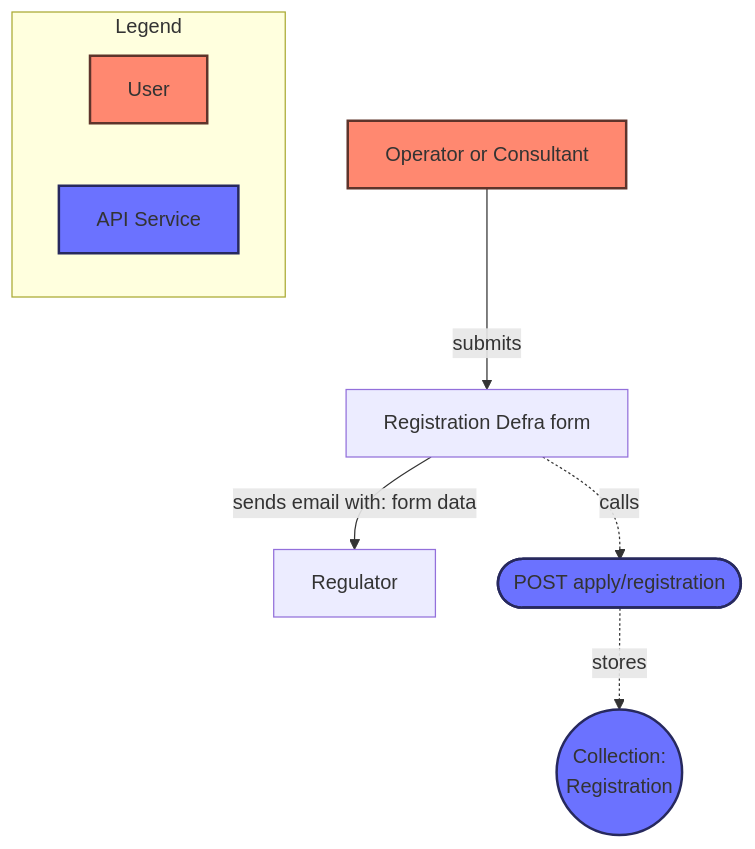
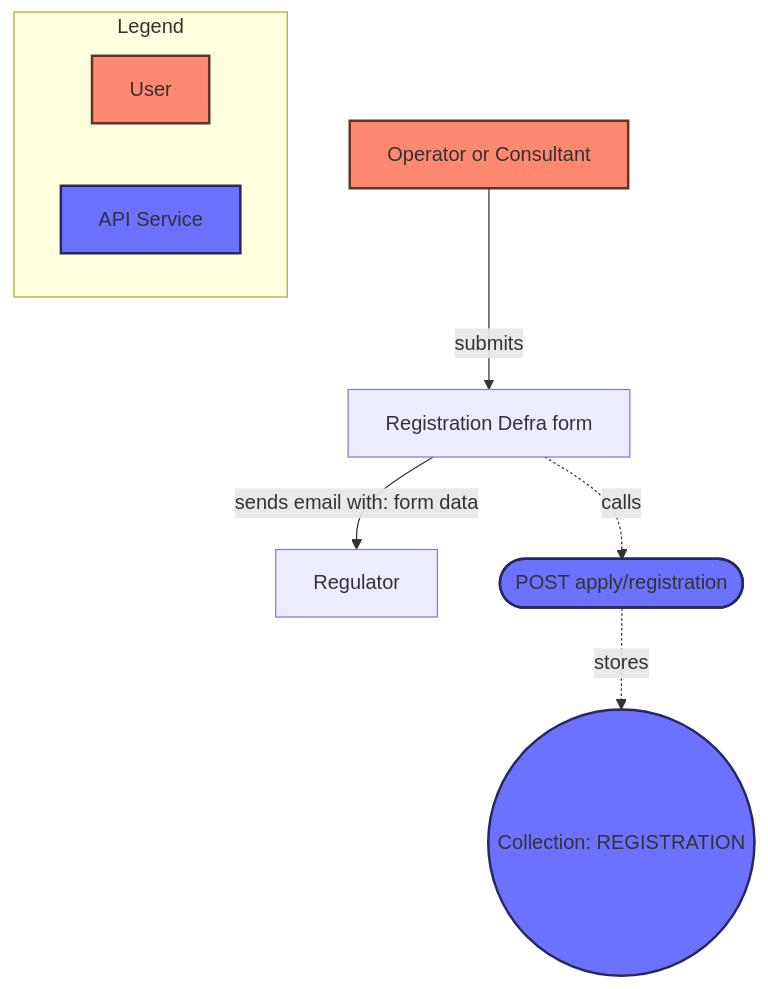
Before and after one commit to DEFRA/epr-backend: the fourth of 10 diagrams in docs/architecture/discovery/2025-reg-acc-lld.md, drawn with Mermaid. The commit also changed other lines of this file, not shown here.

````diff
--- a/docs/architecture/discovery/2025-reg-acc-lld.md
+++ b/docs/architecture/discovery/2025-reg-acc-lld.md
@@ -109,26 +128,26 @@
 ```mermaid
 flowchart TD;
 
 %% Styles
 classDef user fill:#FF8870,stroke:#5E342B,stroke-width:2px
 classDef service fill:#6B72FF,stroke:#27295E,stroke-width:2px
 
 %% Entities
 operator[Operator or Consultant]
 regulator[Regulator]
 form[Registration Defra form]
 endpoint([POST apply/registration])
-database((Collection: \n Registration))
+database((Collection: REGISTRATION))
 
 %% Flow
 operator:::user --submits-->form
 form-.calls.->endpoint:::service
 form--sends email with: form data-->regulator
 endpoint:::service -.stores.->database:::service
 
 %% Legend
 subgraph legend [Legend]
   User:::user
   apiService[API Service]:::service
 end
 ```
````
